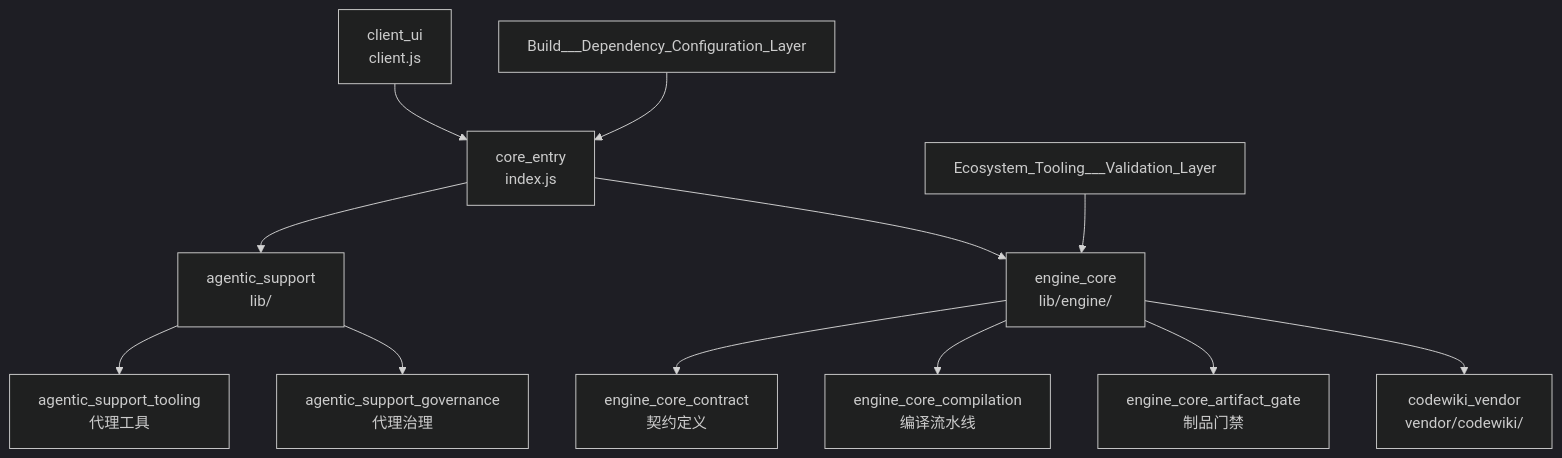
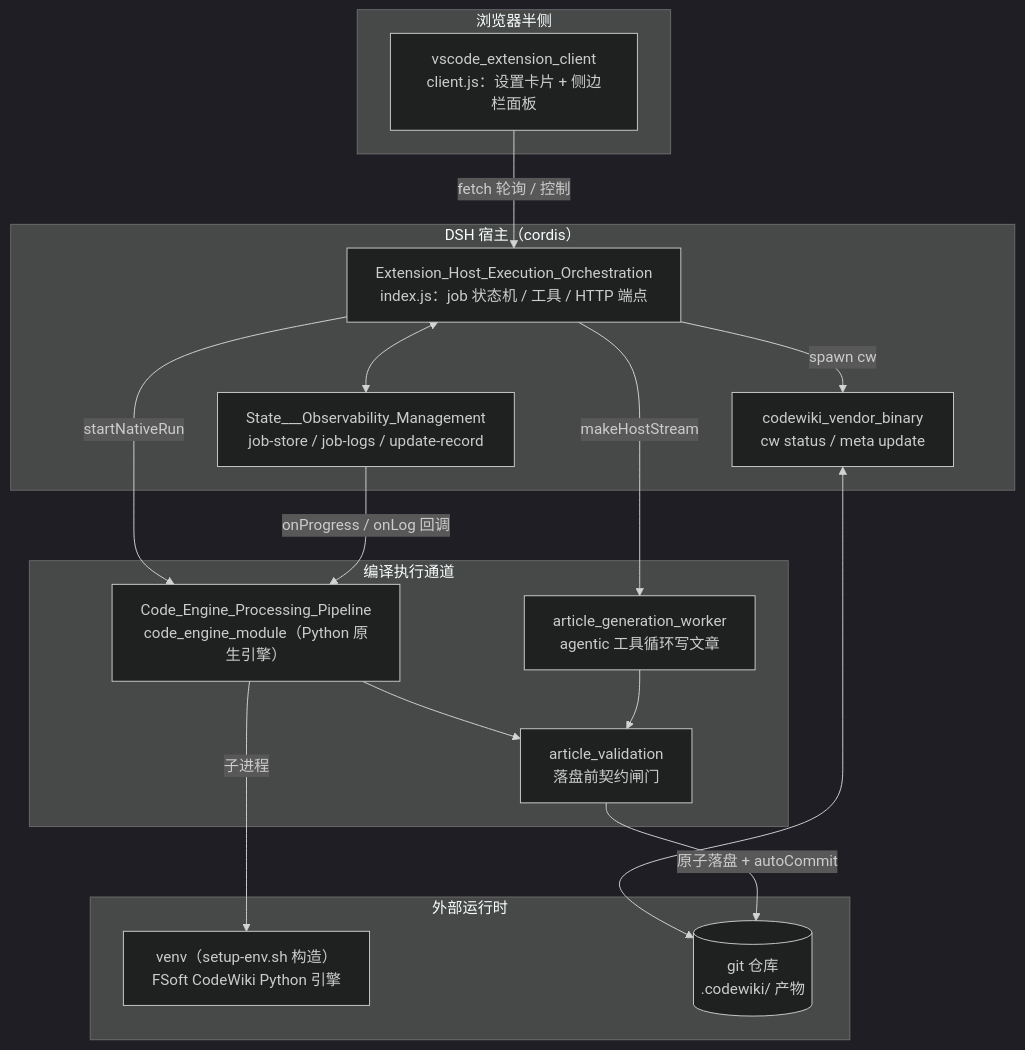
Before and after one commit to ikliml666/dsh-codewiki: the first of 2 diagrams in .codewiki/_native-state/docs/overview.md, drawn with Mermaid (dark theme). The commit also changed other lines of this file and 84 other files, not shown here.

Commit message:
docs(wiki): 更新 CodeWiki 编译产物（任务 job-mvz63g6q-5，65 篇文章）

````diff
--- a/.codewiki/_native-state/docs/overview.md
+++ b/.codewiki/_native-state/docs/overview.md
@@ -14,14 +23,35 @@
 ```mermaid
-flowchart TD
-    A["client_ui<br/>client.js"] --> B["core_entry<br/>index.js"]
-    B --> C["agentic_support<br/>lib/"]
-    B --> D["engine_core<br/>lib/engine/"]
-    D --> D1["engine_core_contract<br/>契约定义"]
-    D --> D2["engine_core_compilation<br/>编译流水线"]
-    D --> D3["engine_core_artifact_gate<br/>制品门禁"]
-    C --> C1["agentic_support_tooling<br/>代理工具"]
-    C --> C2["agentic_support_governance<br/>代理治理"]
-    D --> E["codewiki_vendor<br/>vendor/codewiki/"]
-    F["Build___Dependency_Configuration_Layer"] --> B
-    G["Ecosystem_Tooling___Validation_Layer"] --> D
+flowchart TB
+    subgraph Browser["浏览器半侧"]
+        CLIENT["vscode_extension_client<br/>client.js：设置卡片 + 侧边栏面板"]
+    end
+
+    subgraph Host["DSH 宿主（cordis）"]
+        CORE["Extension_Host_Execution_Orchestration<br/>index.js：job 状态机 / 工具 / HTTP 端点"]
+        SOM["State___Observability_Management<br/>job-store / job-logs / update-record"]
+        CWBIN["codewiki_vendor_binary<br/>cw status / meta update"]
+    end
+
+    subgraph Engine["编译执行通道"]
+        NATIVE["Code_Engine_Processing_Pipeline<br/>code_engine_module（Python 原生引擎）"]
+        AGENTIC["article_generation_worker<br/>agentic 工具循环写文章"]
+        VALID["article_validation<br/>落盘前契约闸门"]
+    end
+
+    subgraph Vendor["外部运行时"]
+        VENV["venv（setup-env.sh 构造）<br/>FSoft CodeWiki Python 引擎"]
+        GIT[("git 仓库<br/>.codewiki/ 产物")]
+    end
+
+    CLIENT -->|"fetch 轮询 / 控制"| CORE
+    CORE <--> SOM
+    CORE -->|"spawn cw"| CWBIN
+    CWBIN <--> GIT
+    CORE -->|"startNativeRun"| NATIVE
+    CORE -->|"makeHostStream"| AGENTIC
+    NATIVE --> VALID
+    AGENTIC --> VALID
+    VALID -->|"原子落盘 + autoCommit"| GIT
+    NATIVE -->|"子进程"| VENV
+    SOM -->|"onProgress / onLog 回调"| NATIVE
 ```
````
